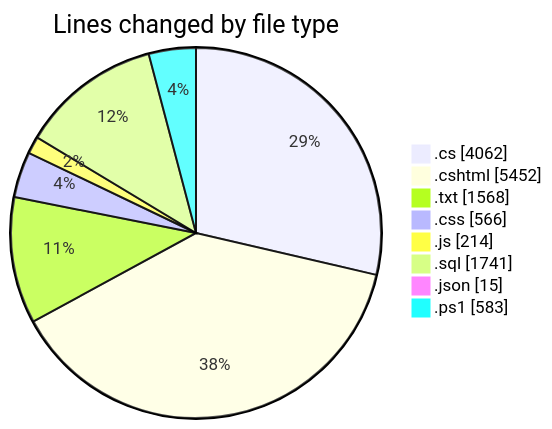
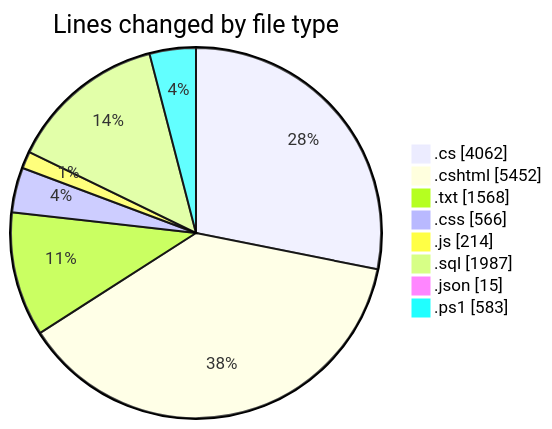
Before and after one commit to lephambinh05/code-tracking: the first of 2 diagrams in 2025-07-28/quanlyrapchieuphim-1/README.md, drawn with Mermaid. The commit also changed other lines of this file and 1 other file, not shown here.

````diff
--- a/2025-07-28/quanlyrapchieuphim-1/README.md
+++ b/2025-07-28/quanlyrapchieuphim-1/README.md
@@ -64,12 +65,12 @@
 ```mermaid
 pie showData
 title Lines changed by file type
 ".cs" : 4062
 ".cshtml" : 5452
 ".txt" : 1568
 ".css" : 566
 ".js" : 214
-".sql" : 1741
+".sql" : 1987
 ".json" : 15
 ".ps1" : 583
 ```
````
